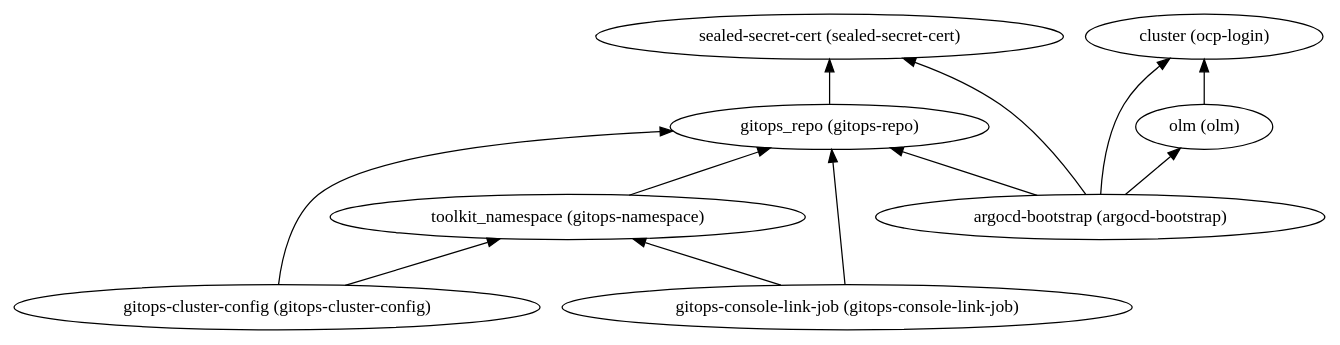
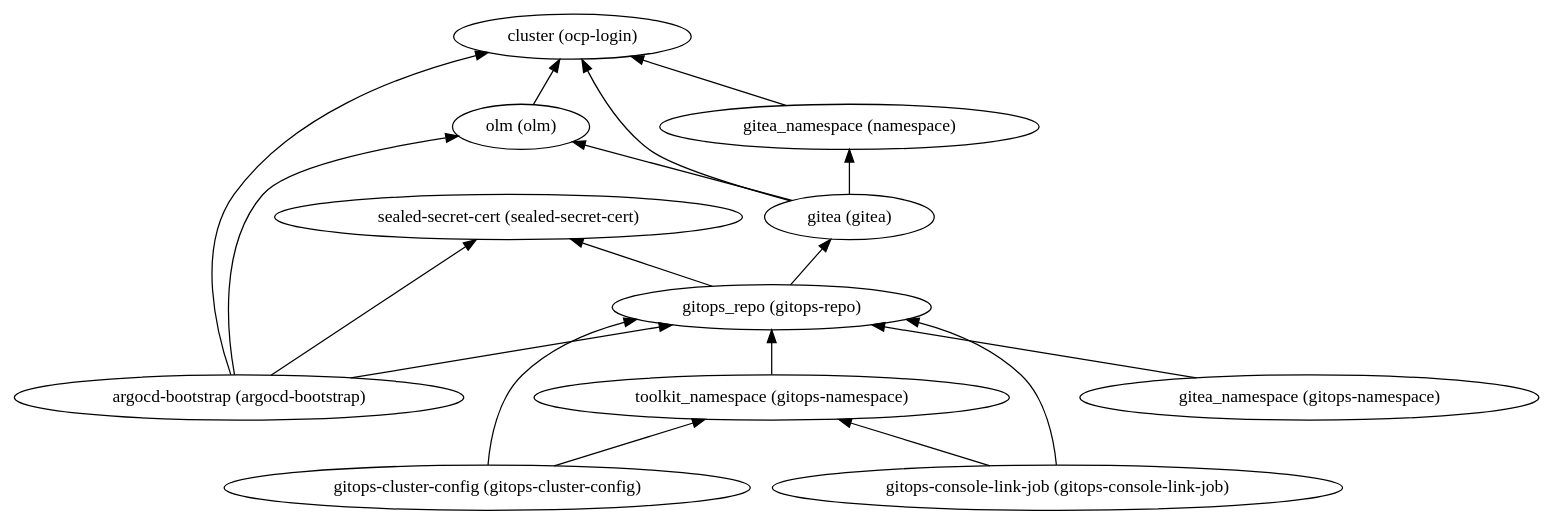
Before and after one commit to IBM/automation-maximo-app-suite: the diagram in 200-openshift-gitops/dependencies.dot, drawn with Graphviz. The commit also changed 36 other files, not shown here.

```diff
--- a/200-openshift-gitops/dependencies.dot
+++ b/200-openshift-gitops/dependencies.dot
@@ -1,22 +1,31 @@
 digraph {
     rankdir="BT"
-    "gitops_repo (gitops-repo)" -> "sealed-secret-cert (sealed-secret-cert)"
+    "gitea (gitea)" -> "cluster (ocp-login)"
+"gitea (gitea)" -> "olm (olm)"
+"gitea (gitea)" -> "gitea_namespace (namespace)"
+"gitea (gitea)"
+"cluster (ocp-login)"
+"olm (olm)" -> "cluster (ocp-login)"
+"olm (olm)"
+"gitea_namespace (namespace)" -> "cluster (ocp-login)"
+"gitea_namespace (namespace)"
+"gitops-cluster-config (gitops-cluster-config)" -> "gitops_repo (gitops-repo)"
+"gitops-cluster-config (gitops-cluster-config)" -> "toolkit_namespace (gitops-namespace)"
+"gitops-cluster-config (gitops-cluster-config)"
+"gitops_repo (gitops-repo)" -> "sealed-secret-cert (sealed-secret-cert)"
+"gitops_repo (gitops-repo)" -> "gitea (gitea)"
 "gitops_repo (gitops-repo)"
 "sealed-secret-cert (sealed-secret-cert)"
+"toolkit_namespace (gitops-namespace)" -> "gitops_repo (gitops-repo)"
+"toolkit_namespace (gitops-namespace)"
+"gitops-console-link-job (gitops-console-link-job)" -> "gitops_repo (gitops-repo)"
+"gitops-console-link-job (gitops-console-link-job)" -> "toolkit_namespace (gitops-namespace)"
+"gitops-console-link-job (gitops-console-link-job)"
+"gitea_namespace (gitops-namespace)" -> "gitops_repo (gitops-repo)"
+"gitea_namespace (gitops-namespace)"
 "argocd-bootstrap (argocd-bootstrap)" -> "cluster (ocp-login)"
 "argocd-bootstrap (argocd-bootstrap)" -> "olm (olm)"
 "argocd-bootstrap (argocd-bootstrap)" -> "gitops_repo (gitops-repo)"
 "argocd-bootstrap (argocd-bootstrap)" -> "sealed-secret-cert (sealed-secret-cert)"
 "argocd-bootstrap (argocd-bootstrap)"
-"cluster (ocp-login)"
-"olm (olm)" -> "cluster (ocp-login)"
-"olm (olm)"
-"gitops-cluster-config (gitops-cluster-config)" -> "gitops_repo (gitops-repo)"
-"gitops-cluster-config (gitops-cluster-config)" -> "toolkit_namespace (gitops-namespace)"
-"gitops-cluster-config (gitops-cluster-config)"
-"toolkit_namespace (gitops-namespace)" -> "gitops_repo (gitops-repo)"
-"toolkit_namespace (gitops-namespace)"
-"gitops-console-link-job (gitops-console-link-job)" -> "gitops_repo (gitops-repo)"
-"gitops-console-link-job (gitops-console-link-job)" -> "toolkit_namespace (gitops-namespace)"
-"gitops-console-link-job (gitops-console-link-job)"
   }
```
